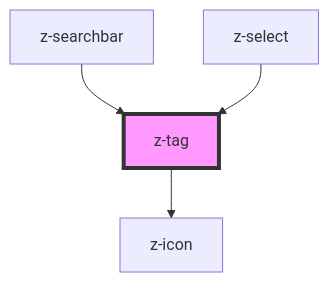
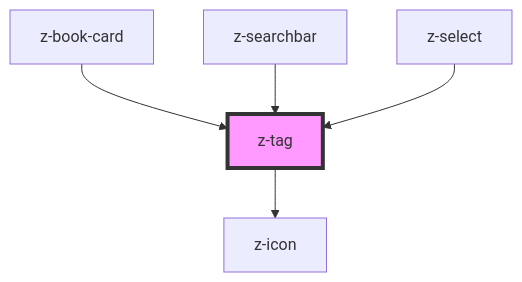
One commit to ZanichelliEditore/design-system changed the diagram in src/components/z-tag/readme.md. Above: the diagram before and after it, drawn with Mermaid. The commit also changed other lines of this file and 6 other files, not shown here.

````diff
--- a/src/components/z-tag/readme.md
+++ b/src/components/z-tag/readme.md
@@ -37,7 +38,8 @@
 ```mermaid
 graph TD;
   z-tag --> z-icon
+  z-book-card --> z-tag
   z-searchbar --> z-tag
   z-select --> z-tag
   style z-tag fill:#f9f,stroke:#333,stroke-width:4px
 ```
````
